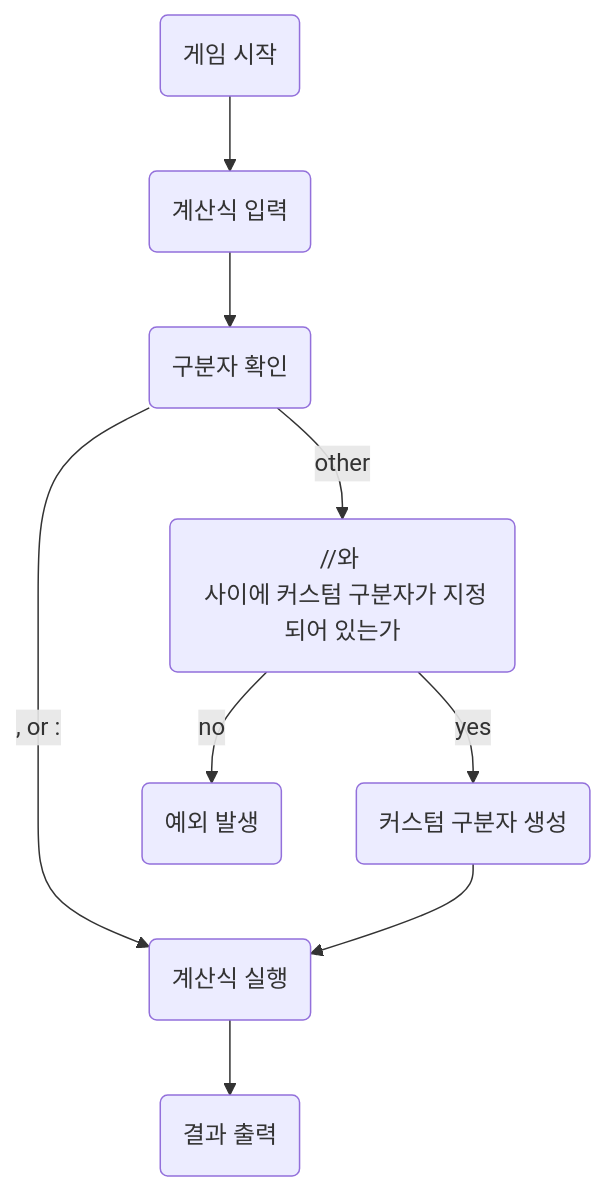
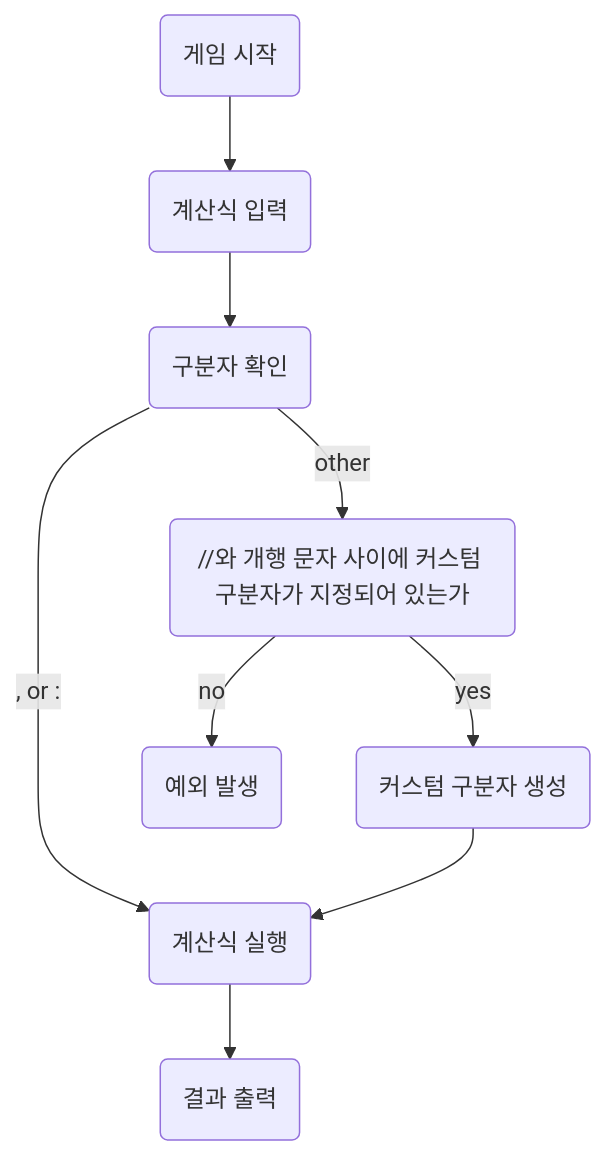
Before and after one commit to songsunkook/java-racingcar-playground: the diagram in README.md, drawn with Mermaid.

````diff
--- a/README.md
+++ b/README.md
@@ -25,14 +25,14 @@
 ```mermaid
 graph TD
     startGame("게임 시작") --> inputExpression
     inputExpression("계산식 입력") --> checkDelimiter("구분자 확인")
     
     checkDelimiter --> |, or :|calculateExpression("계산식 실행")
-    checkDelimiter --> |other|customDelimiter("//와 \n 사이에 커스텀 구분자가 지정되어 있는가")
+    checkDelimiter --> |other|customDelimiter("//와 개행 문자 사이에 커스텀 구분자가 지정되어 있는가")
     
     customDelimiter --> |yes|createCustomDelimiter("커스텀 구분자 생성")
     customDelimiter --> |no|throwException("예외 발생")
     
     createCustomDelimiter --> calculateExpression
     calculateExpression --> printResult("결과 출력")
 ```
````
